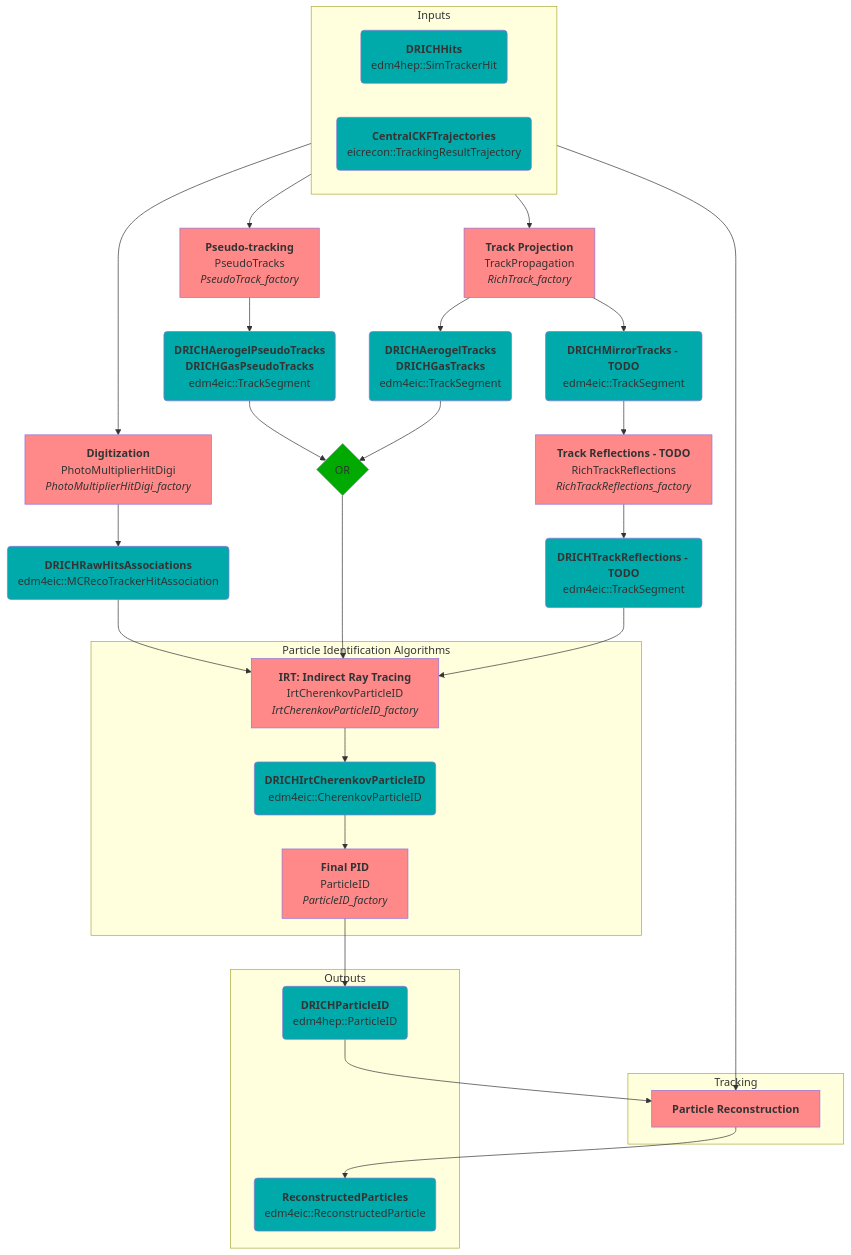
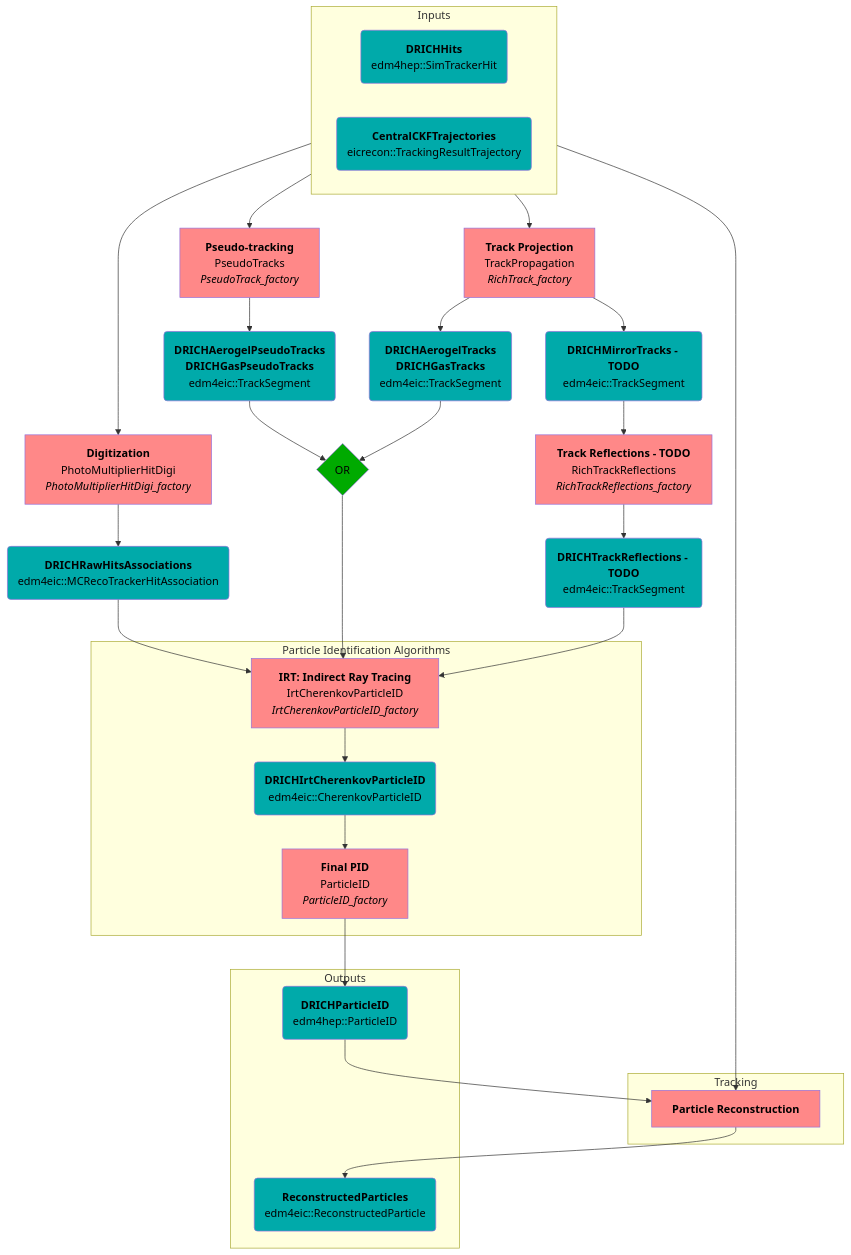
One commit to eic/EICrecon changed the diagram in src/detectors/DRICH/README.md. Above: the diagram before and after it, drawn with Mermaid.

Commit message:
fix: flowchart dark mode visibility

````diff
--- a/src/detectors/DRICH/README.md
+++ b/src/detectors/DRICH/README.md
@@ -3,70 +3,70 @@
 ```mermaid
 flowchart TB
-  classDef alg fill:#ff8888;
-  classDef col fill:#00aaaa;
-  classDef op fill:#00aa00;
+  classDef alg fill:#ff8888,color:black
+  classDef col fill:#00aaaa,color:black
+  classDef op fill:#00aa00,color:black
   subgraph Inputs
     direction LR
     SimHits(<strong>DRICHHits</strong><br/>edm4hep::SimTrackerHit):::col
     Trajectories(<strong>CentralCKFTrajectories</strong><br/>eicrecon::TrackingResultTrajectory):::col
   end
   subgraph Tracking
 	ParticleAlg[<strong>Particle Reconstruction</strong>]:::alg
   end
   subgraph Outputs
 	FinalPID(<strong>DRICHParticleID</strong><br/>edm4hep::ParticleID):::col
 	ReconstructedParticles(<strong>ReconstructedParticles</strong><br/>edm4eic::ReconstructedParticle):::col
   end
 
   DigiAlg[<strong>Digitization</strong><br/>PhotoMultiplierHitDigi<br><i>PhotoMultiplierHitDigi_factory</i>]:::alg
   RawHits(<strong>DRICHRawHitsAssociations</strong><br/>edm4eic::MCRecoTrackerHitAssociation):::col
 
   PseudoTracksAlg[<strong>Pseudo-tracking</strong><br/>PseudoTracks<br><i>PseudoTrack_factory</i>]:::alg
   PseudoTracks(<strong>DRICHAerogelPseudoTracks</strong><br/><strong>DRICHGasPseudoTracks</strong><br/>edm4eic::TrackSegment):::col
 
   PropagatorAlg[<strong>Track Projection</strong><br/>TrackPropagation<br><i>RichTrack_factory</i>]:::alg
   Tracks(<strong>DRICHAerogelTracks</strong><br/><strong>DRICHGasTracks</strong><br/>edm4eic::TrackSegment):::col
   MirrorTracks(<strong>DRICHMirrorTracks - TODO</strong><br/>edm4eic::TrackSegment):::col
 
   TrackOR{OR}:::op
 
   ReflectionsAlg[<strong>Track Reflections - TODO</strong><br/>RichTrackReflections<br><i>RichTrackReflections_factory</i>]:::alg
   Reflections(<strong>DRICHTrackReflections - TODO</strong><br/>edm4eic::TrackSegment):::col
 
   subgraph Particle Identification Algorithms
 
     IRT[<strong>IRT: Indirect Ray Tracing</strong><br/>IrtCherenkovParticleID<br><i>IrtCherenkovParticleID_factory</i>]:::alg
 	IRTPID(<strong>DRICHIrtCherenkovParticleID</strong><br/>edm4eic::CherenkovParticleID):::col
 
     Final[<strong>Final PID</strong><br/>ParticleID<br><i>ParticleID_factory</i>]:::alg
 
   end
 
   %% digitization
   SimHits --> DigiAlg
   DigiAlg --> RawHits
 
   %% tracking
   SimHits --> PseudoTracksAlg
   PseudoTracksAlg --> PseudoTracks
   Trajectories --> PropagatorAlg
   PropagatorAlg --> Tracks
   PropagatorAlg --> MirrorTracks
   PseudoTracks --> TrackOR
   Tracks --> TrackOR
   MirrorTracks --> ReflectionsAlg
   ReflectionsAlg --> Reflections
 
   %% PID
   RawHits --> IRT
   TrackOR --> IRT
   Reflections --> IRT
   IRT --> IRTPID
   IRTPID --> Final
   Final --> FinalPID
 
   %% linking
   Trajectories --> ParticleAlg
   FinalPID --> ParticleAlg
   ParticleAlg --> ReconstructedParticles
 ```
````
